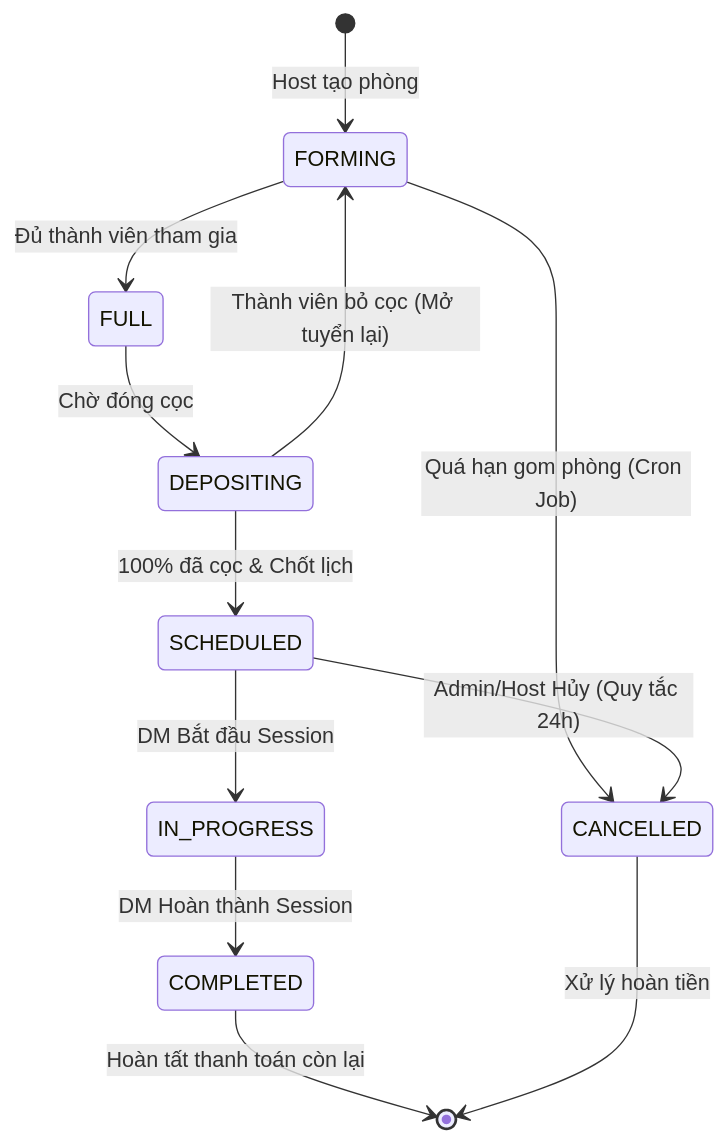
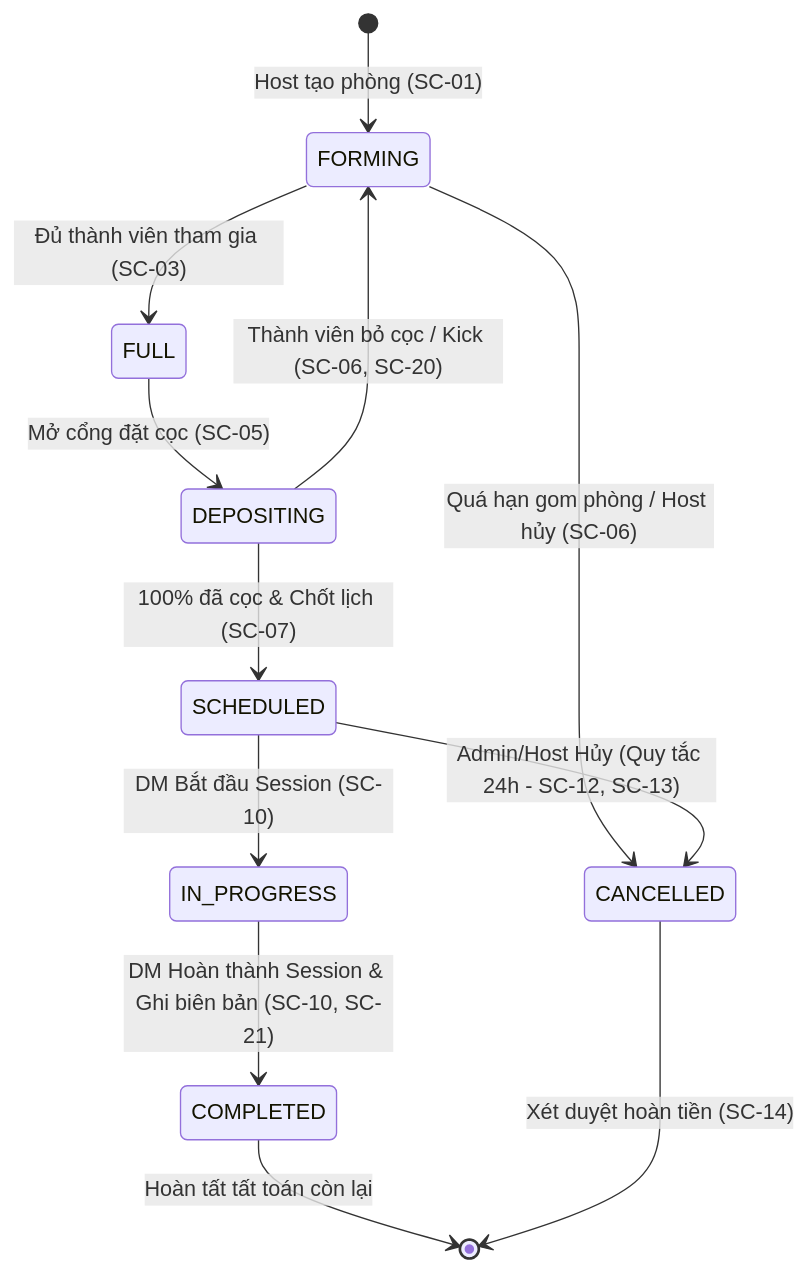
The diagram in docs/testing/BUSINESS_SCENARIO_TEST_MATRIX.md (nguyenxuanhieu2903/kich-ban-sat-php), drawn with Mermaid before and after one commit. The commit also changed other lines of this file and 17 other files, not shown here.

````diff
--- a/docs/testing/BUSINESS_SCENARIO_TEST_MATRIX.md
+++ b/docs/testing/BUSINESS_SCENARIO_TEST_MATRIX.md
@@ -44,14 +57,14 @@
 ```mermaid
 stateDiagram-v2
-    [*] --> FORMING: Host tạo phòng
-    FORMING --> FULL: Đủ thành viên tham gia
-    FORMING --> CANCELLED: Quá hạn gom phòng (Cron Job)
-    FULL --> DEPOSITING: Chờ đóng cọc
-    DEPOSITING --> SCHEDULED: 100% đã cọc & Chốt lịch
-    DEPOSITING --> FORMING: Thành viên bỏ cọc (Mở tuyển lại)
-    SCHEDULED --> IN_PROGRESS: DM Bắt đầu Session
-    SCHEDULED --> CANCELLED: Admin/Host Hủy (Quy tắc 24h)
-    IN_PROGRESS --> COMPLETED: DM Hoàn thành Session
-    COMPLETED --> [*]: Hoàn tất thanh toán còn lại
-    CANCELLED --> [*]: Xử lý hoàn tiền
+    [*] --> FORMING: Host tạo phòng (SC-01)
+    FORMING --> FULL: Đủ thành viên tham gia (SC-03)
+    FORMING --> CANCELLED: Quá hạn gom phòng / Host hủy (SC-06)
+    FULL --> DEPOSITING: Mở cổng đặt cọc (SC-05)
+    DEPOSITING --> SCHEDULED: 100% đã cọc & Chốt lịch (SC-07)
+    DEPOSITING --> FORMING: Thành viên bỏ cọc / Kick (SC-06, SC-20)
+    SCHEDULED --> IN_PROGRESS: DM Bắt đầu Session (SC-10)
+    SCHEDULED --> CANCELLED: Admin/Host Hủy (Quy tắc 24h - SC-12, SC-13)
+    IN_PROGRESS --> COMPLETED: DM Hoàn thành Session & Ghi biên bản (SC-10, SC-21)
+    COMPLETED --> [*]: Hoàn tất tất toán còn lại
+    CANCELLED --> [*]: Xét duyệt hoàn tiền (SC-14)
 ```
````
